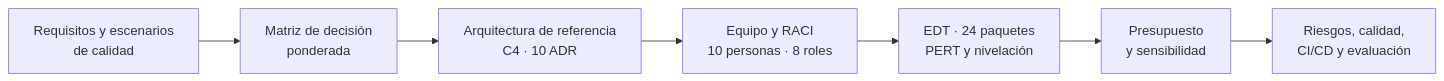
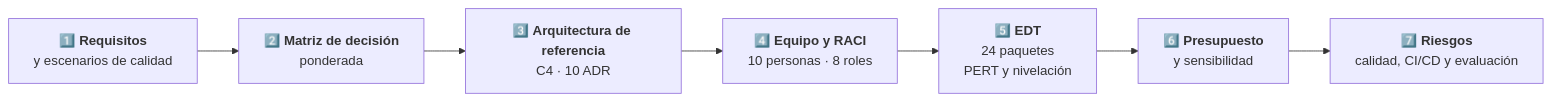
Before and after one commit to AlejoTechEngineer/veriagent-einvoice-latam: the diagram in entrega-3-borrador-final/README.md, drawn with Mermaid. The commit also changed other lines of this file, not shown here.

````diff
--- a/entrega-3-borrador-final/README.md
+++ b/entrega-3-borrador-final/README.md
@@ -196,9 +196,9 @@
 ```mermaid
 flowchart LR
-    RQ["Requisitos y escenarios<br/>de calidad"] --> DEC["Matriz de decisión<br/>ponderada"]
-    DEC --> ARQ["Arquitectura de referencia<br/>C4 · 10 ADR"]
-    ARQ --> EQ["Equipo y RACI<br/>10 personas · 8 roles"]
-    EQ --> EDT["EDT · 24 paquetes<br/>PERT y nivelación"]
-    EDT --> PRE["Presupuesto<br/>y sensibilidad"]
-    PRE --> RIE["Riesgos, calidad,<br/>CI/CD y evaluación"]
+    RQ["1️⃣ <b>Requisitos</b><br/>y escenarios de calidad"] --> DEC["2️⃣ <b>Matriz de decisión</b><br/>ponderada"]
+    DEC --> ARQ["3️⃣ <b>Arquitectura de referencia</b><br/>C4 · 10 ADR"]
+    ARQ --> EQ["4️⃣ <b>Equipo y RACI</b><br/>10 personas · 8 roles"]
+    EQ --> EDT["5️⃣ <b>EDT</b><br/>24 paquetes<br/>PERT y nivelación"]
+    EDT --> PRE["6️⃣ <b>Presupuesto</b><br/>y sensibilidad"]
+    PRE --> RIE["7️⃣ <b>Riesgos</b><br/>calidad, CI/CD y evaluación"]
 ```
````
